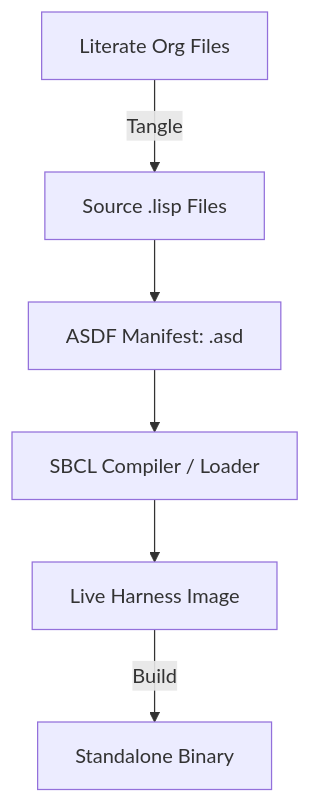
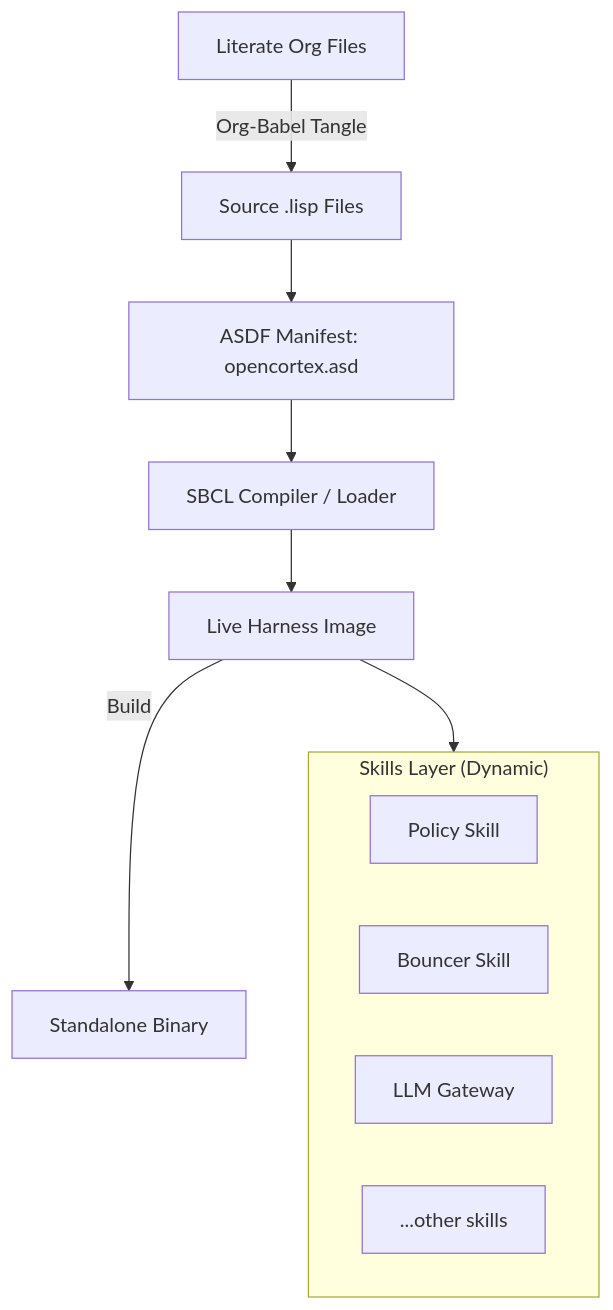
Before and after one commit to amrgharbeia/opencortex: the diagram in harness/manifest.org, drawn with Mermaid. The commit also changed other lines of this file and 4 other files, not shown here.

```diff
--- a/harness/manifest.org
+++ b/harness/manifest.org
@@ -20,8 +32,17 @@
 #+begin_src mermaid
 flowchart TD
-    Org[Literate Org Files] -- Tangle --> Lisp[Source .lisp Files]
-    Lisp --> ASDF[ASDF Manifest: .asd]
+    Org[Literate Org Files] -- Org-Babel Tangle --> Lisp[Source .lisp Files]
+    Lisp --> ASDF[ASDF Manifest: opencortex.asd]
     ASDF --> Loader[SBCL Compiler / Loader]
     Loader --> Image[Live Harness Image]
     Image -- Build --> Binary[Standalone Binary]
+
+    subgraph Skills["Skills Layer (Dynamic)"]
+        S1[Policy Skill]
+        S2[Bouncer Skill]
+        S3[LLM Gateway]
+        S4[...other skills]
+    end
+
+    Image --> Skills
 #+end_src
```
